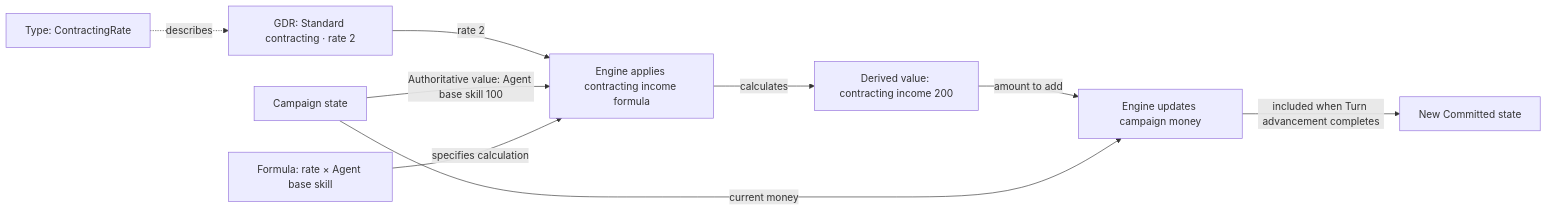
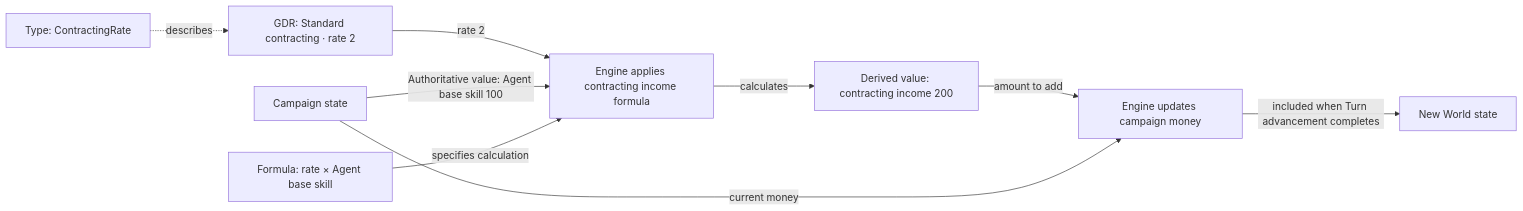
One commit to konrad-jamrozik/game-v5 changed the third of 7 diagrams in docs/specs/design/foundation/game-data-records.md. Above: the diagram before and after it, drawn with Mermaid. The commit also changed other lines of this file and 41 other files, not shown here.

First line of the commit message:
Retire the term Committed state in favour of World state

````diff
--- a/docs/specs/design/foundation/game-data-records.md
+++ b/docs/specs/design/foundation/game-data-records.md
@@ -170,11 +170,11 @@
 ```mermaid
 flowchart LR
     Type["Type: ContractingRate"] -.->|describes| GDR["GDR: Standard contracting · rate 2"]
     GDR -->|rate 2| Engine["Engine applies contracting income formula"]
     State["Campaign state"] -->|Authoritative value: Agent base skill 100| Engine
     Formula["Formula: rate × Agent base skill"] -->|specifies calculation| Engine
     Engine -->|calculates| Total["Derived value: contracting income 200"]
     Total -->|amount to add| Update["Engine updates campaign money"]
     State -->|current money| Update
-    Update -->|included when Turn advancement completes| Committed["New Committed state"]
+    Update -->|included when Turn advancement completes| Committed["New World state"]
 ```
````
